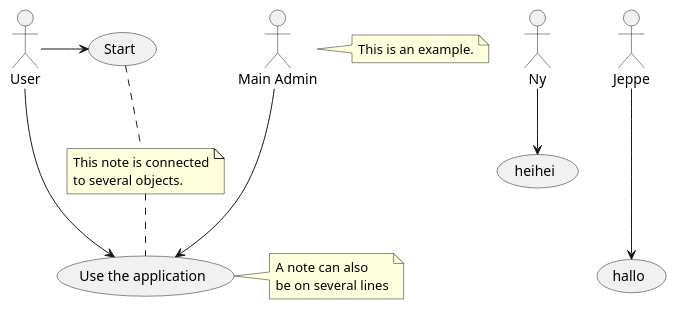
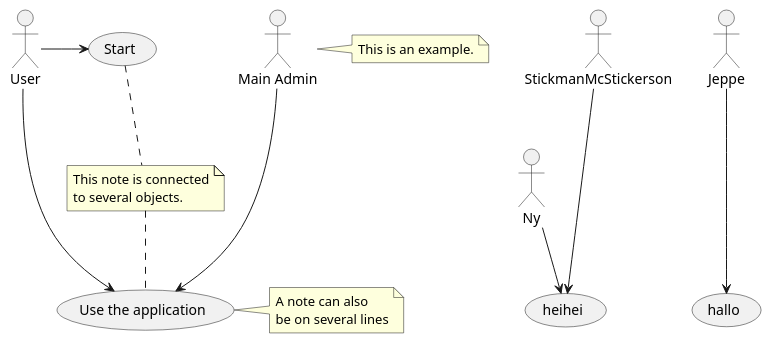
The diagram in usecase.puml (SetGruppe6/diagrammer), drawn with PlantUML before and after one commit.

```diff
--- a/usecase.puml
+++ b/usecase.puml
@@ -1,26 +1,28 @@
 @startuml
 :Main Admin: as Admin
 (Use the application) as (Use)
 
 User -> (Start)
 User --> (Use)
 
 Admin ---> (Use)
 
 
 Ny--> (heihei)
 Jeppe---> (hallo)
+
+StickmanMcStickerson ---> (heihei)
 
 
 
 note right of Admin : This is an example.
 
 note right of (Use)
 A note can also
 be on several lines
 end note
 
 note "This note is connected\nto several objects." as N2
 (Start) .. N2
 N2 .. (Use)
 @enduml
```
